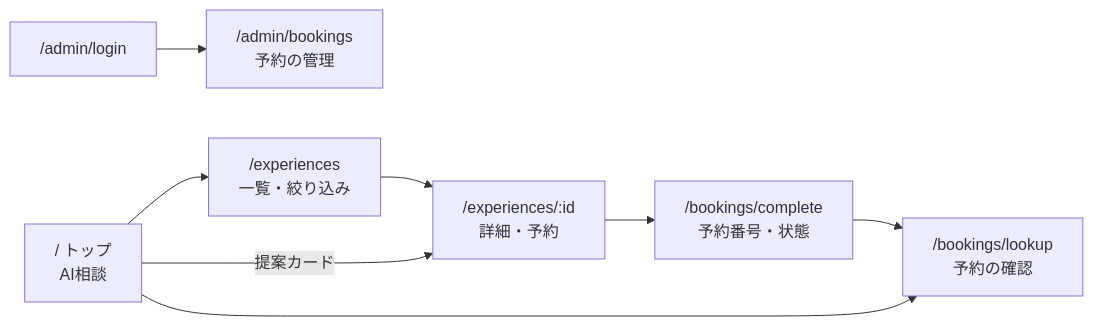
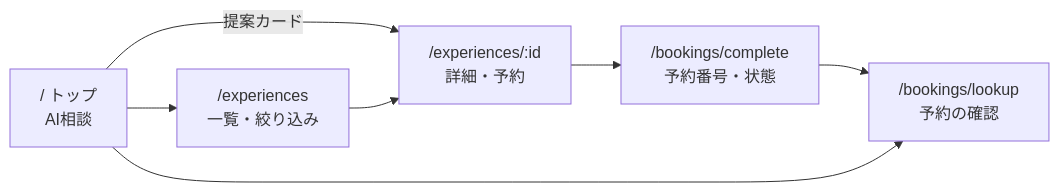
The second of 5 diagrams in docs/summary.md (snfthchs/shimatabi), drawn with Mermaid before and after one commit. The commit also changed other lines of this file, not shown here.

````diff
--- a/docs/summary.md
+++ b/docs/summary.md
@@ -28,10 +108,9 @@
 ```mermaid
 flowchart LR
   TOP["/ トップ<br/>AI相談"] --> LIST["/experiences<br/>一覧・絞り込み"]
   TOP -- 提案カード --> DETAIL
   LIST --> DETAIL["/experiences/:id<br/>詳細・予約"]
   DETAIL --> DONE["/bookings/complete<br/>予約番号・状態"]
   DONE --> LOOKUP["/bookings/lookup<br/>予約の確認"]
   TOP --> LOOKUP
-  LOGIN["/admin/login"] --> ADM["/admin/bookings<br/>予約の管理"]
 ```
````
